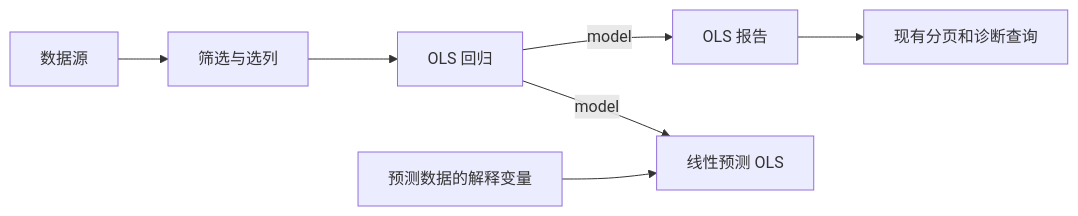
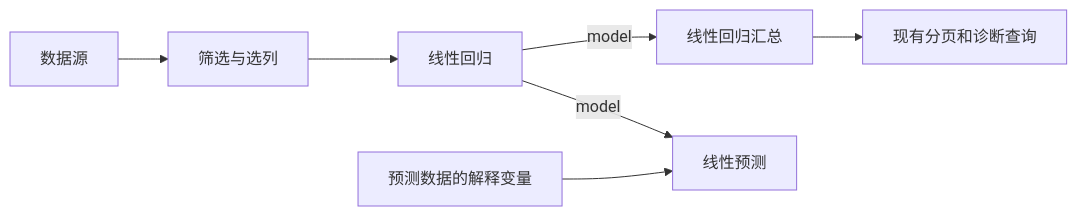
The diagram in docs/sci/OLS_SPEC.md (zhouyi207/YssBI), drawn with Mermaid before and after one commit. The commit also changed other lines of this file and 92 other files, not shown here.

````diff
--- a/docs/sci/OLS_SPEC.md
+++ b/docs/sci/OLS_SPEC.md
@@ -39,9 +35,9 @@
 ```mermaid
 flowchart LR
   A[数据源] --> B[筛选与选列]
-  B --> C[OLS 回归]
-  C -- model --> D[OLS 报告]
-  C -- model --> E[线性预测 OLS]
+  B --> C[线性回归]
+  C -- model --> D[线性回归汇总]
+  C -- model --> E[线性预测]
   F[预测数据的解释变量] --> E
   D --> G[现有分页和诊断查询]
 ```
````
